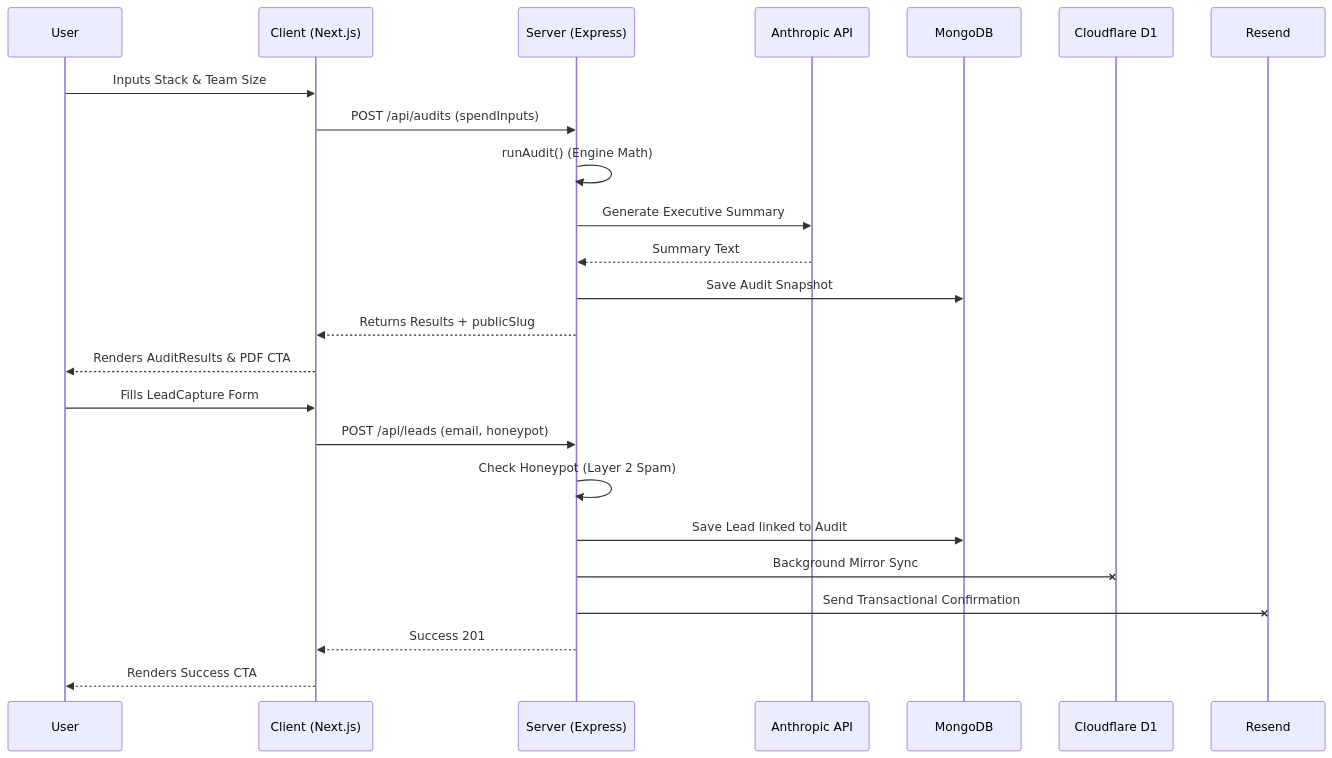
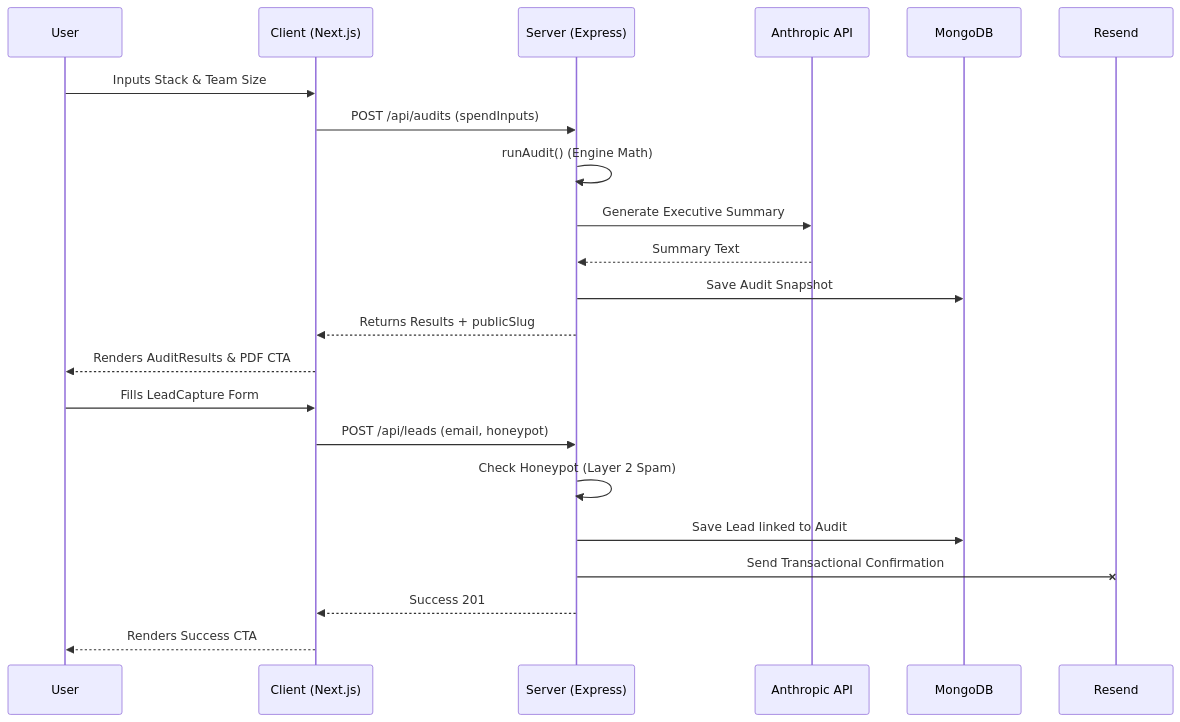
One commit to MuruganBalachandran/WiseBill-AI changed the diagram in ARCHITECTURE.md. Above: the diagram before and after it, drawn with Mermaid. The commit also changed other lines of this file and 31 other files, not shown here.

````diff
--- a/ARCHITECTURE.md
+++ b/ARCHITECTURE.md
@@ -5,28 +5,26 @@
 ```mermaid
 sequenceDiagram
     participant U as User
     participant C as Client (Next.js)
     participant E as Server (Express)
     participant LLM as Anthropic API
     participant DB as MongoDB
-    participant D1 as Cloudflare D1
     participant M as Resend
 
     U->>C: Inputs Stack & Team Size
     C->>E: POST /api/audits (spendInputs)
     E->>E: runAudit() (Engine Math)
     E->>LLM: Generate Executive Summary
     LLM-->>E: Summary Text
     E->>DB: Save Audit Snapshot
     E-->>C: Returns Results + publicSlug
     C-->>U: Renders AuditResults & PDF CTA
     
     U->>C: Fills LeadCapture Form
     C->>E: POST /api/leads (email, honeypot)
     E->>E: Check Honeypot (Layer 2 Spam)
     E->>DB: Save Lead linked to Audit
-    E-x D1: Background Mirror Sync
     E-x M: Send Transactional Confirmation
     E-->>C: Success 201
     C-->>U: Renders Success CTA
 ```
````
